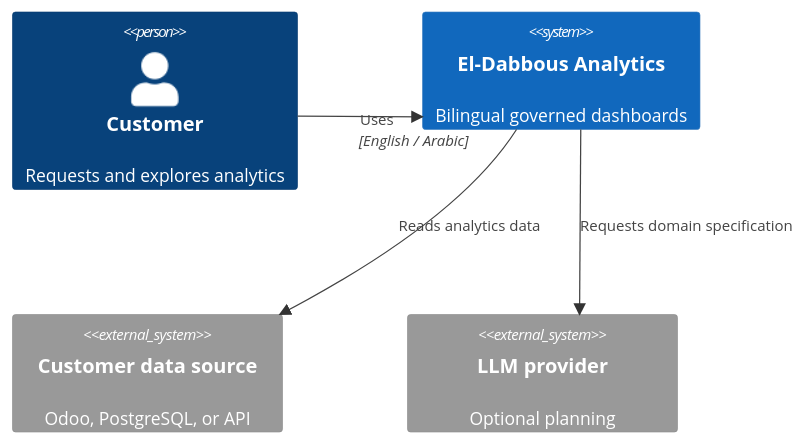
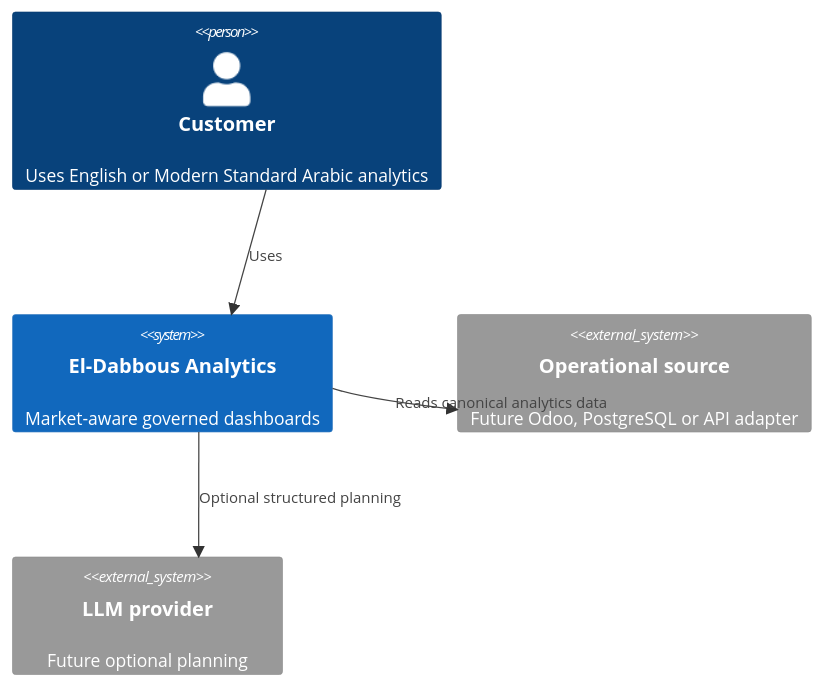
One commit to hazemyoussif/el-dabboos-analytics changed the first of 5 diagrams in docs/architecture/diagrams.md. Above: the diagram before and after it, drawn with Mermaid. The commit also changed other lines of this file and 15 other files, not shown here.

Commit message:
docs(architecture): record market, template and v2 decisions

````diff
--- a/docs/architecture/diagrams.md
+++ b/docs/architecture/diagrams.md
@@ -5,10 +5,10 @@
 ```mermaid
 C4Context
-  Person(customer, "Customer", "Requests and explores analytics")
-  System(platform, "El-Dabbous Analytics", "Bilingual governed dashboards")
-  System_Ext(source, "Customer data source", "Odoo, PostgreSQL, or API")
-  System_Ext(model, "LLM provider", "Optional planning")
-  Rel(customer, platform, "Uses", "English / Arabic")
-  Rel(platform, source, "Reads analytics data")
-  Rel(platform, model, "Requests domain specification")
+  Person(customer, "Customer", "Uses English or Modern Standard Arabic analytics")
+  System(platform, "El-Dabbous Analytics", "Market-aware governed dashboards")
+  System_Ext(source, "Operational source", "Future Odoo, PostgreSQL or API adapter")
+  System_Ext(model, "LLM provider", "Future optional planning")
+  Rel(customer, platform, "Uses")
+  Rel(platform, source, "Reads canonical analytics data")
+  Rel(platform, model, "Optional structured planning")
 ```
````
